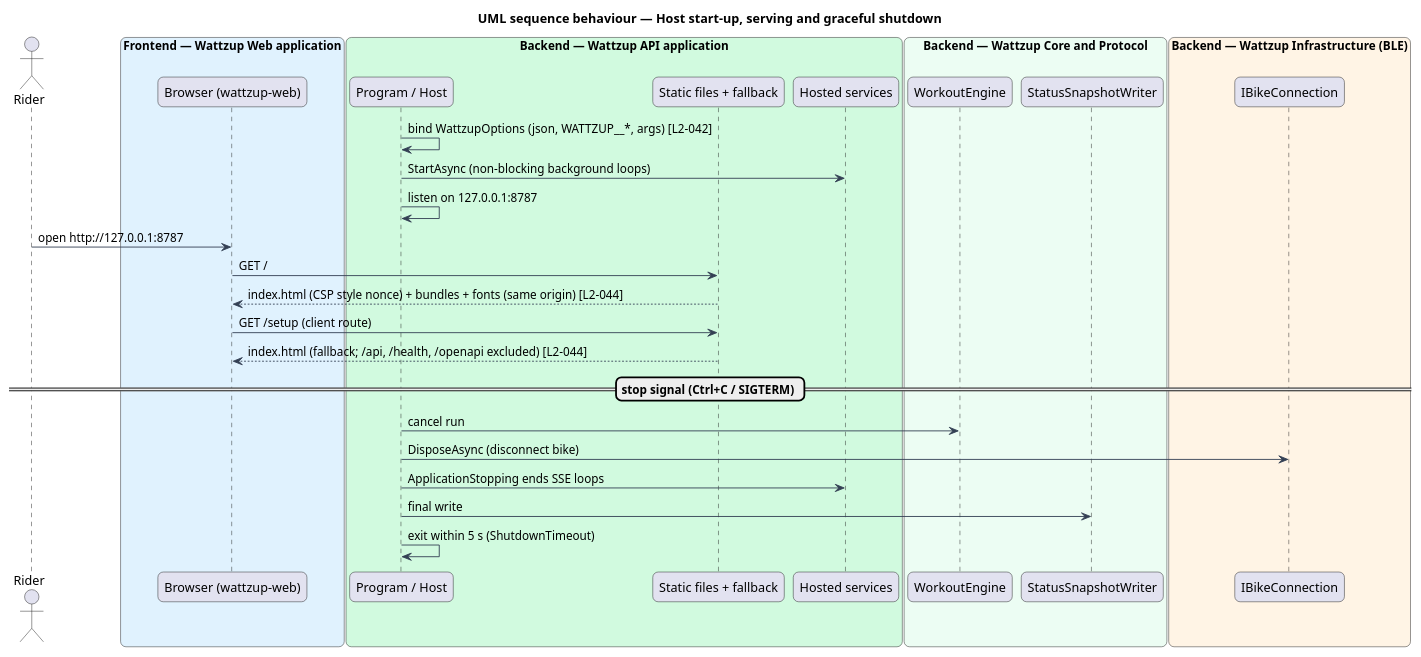
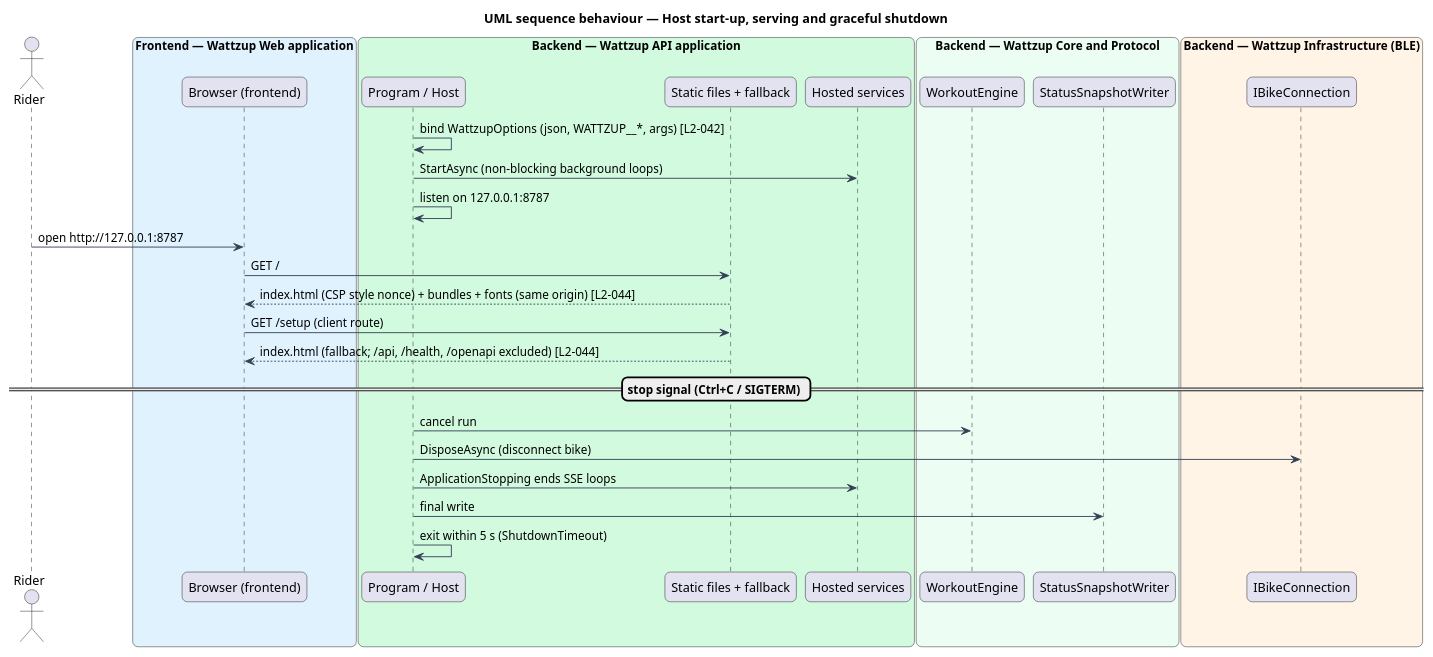
Before and after one commit to QuinntyneBrown/ride-one: the diagram in docs/detailed-designs/platform/host-and-structure/diagrams/sequence-host-lifecycle.puml, drawn with PlantUML. The commit also changed 434 other files, not shown here.

```diff
--- a/docs/detailed-designs/platform/host-and-structure/diagrams/sequence-host-lifecycle.puml
+++ b/docs/detailed-designs/platform/host-and-structure/diagrams/sequence-host-lifecycle.puml
@@ -1,39 +1,39 @@
 @startuml
 title UML sequence behaviour — Host start-up, serving and graceful shutdown
 skinparam backgroundColor #FFFFFF
 skinparam shadowing false
 skinparam roundcorner 12
 skinparam defaultFontName Arial
 skinparam ArrowColor #344054
 actor "Rider" as rider
 box "Frontend — Wattzup Web application" #E0F2FE
-  participant "Browser (wattzup-web)" as web
+  participant "Browser (frontend)" as web
 end box
 box "Backend — Wattzup API application" #D1FADF
   participant "Program / Host" as host
   participant "Static files + fallback" as files
   participant "Hosted services" as hs
 end box
 box "Backend — Wattzup Core and Protocol" #ECFDF3
   participant "WorkoutEngine" as engine
   participant "StatusSnapshotWriter" as snap
 end box
 box "Backend — Wattzup Infrastructure (BLE)" #FFF4E5
   participant "IBikeConnection" as conn
 end box
 
 host -> host : bind WattzupOptions (json, WATTZUP__*, args) [L2-042]
 host -> hs : StartAsync (non-blocking background loops)
 host -> host : listen on 127.0.0.1:8787
 rider -> web : open http://127.0.0.1:8787
 web -> files : GET /
 files --> web : index.html (CSP style nonce) + bundles + fonts (same origin) [L2-044]
 web -> files : GET /setup (client route)
 files --> web : index.html (fallback; /api, /health, /openapi excluded) [L2-044]
 == stop signal (Ctrl+C / SIGTERM) ==
 host -> engine : cancel run
 host -> conn : DisposeAsync (disconnect bike)
 host -> hs : ApplicationStopping ends SSE loops
 host -> snap : final write
 host -> host : exit within 5 s (ShutdownTimeout)
 @enduml
```
